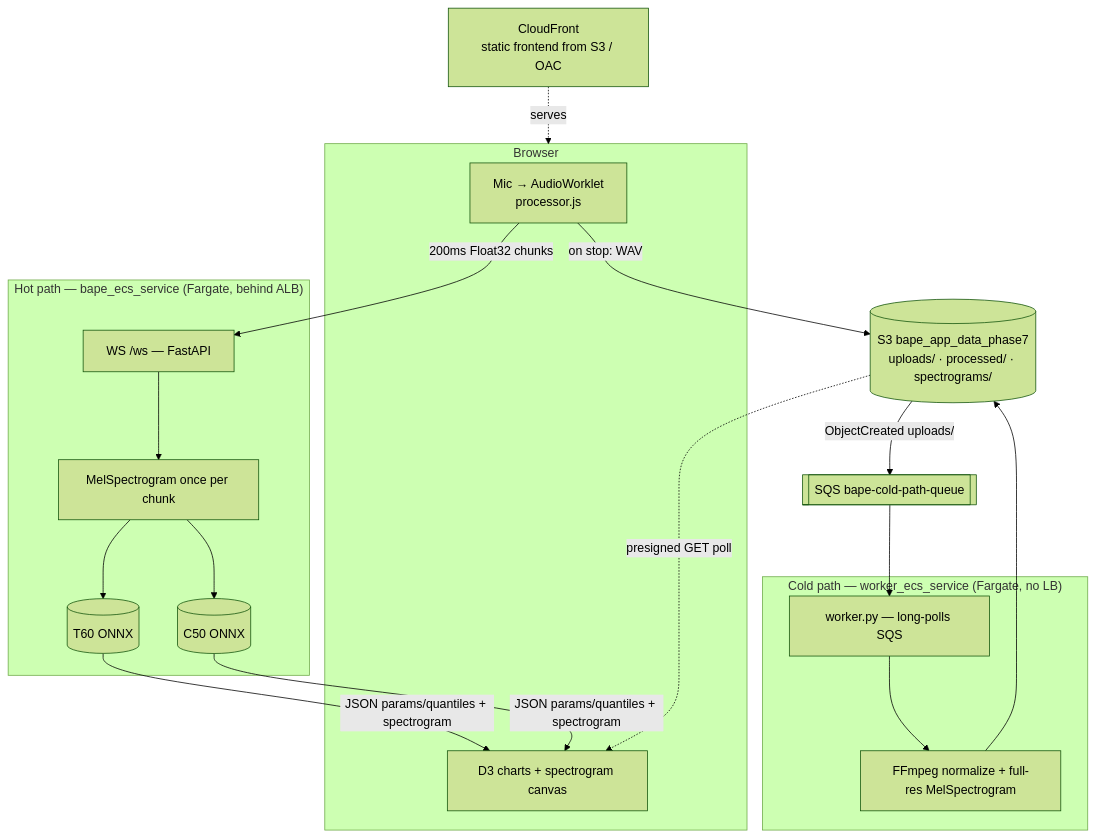
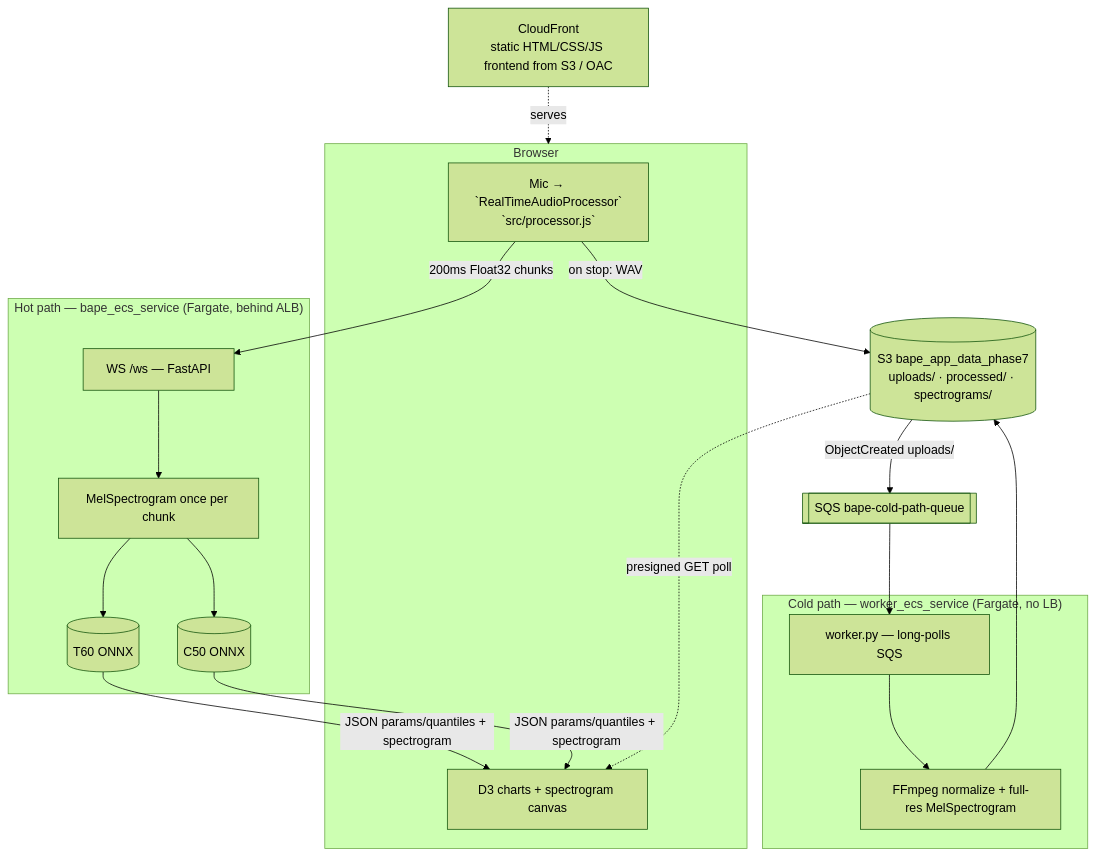
The diagram in phase-7/README.md (dielaenge/onnx-deployment), drawn with Mermaid (forest theme) before and after one commit. The commit also changed other lines of this file and 1 other file, not shown here.

````diff
--- a/phase-7/README.md
+++ b/phase-7/README.md
@@ -14,34 +18,34 @@
 ```mermaid
 flowchart TB
     subgraph Browser
-        MIC[Mic → AudioWorklet<br/>processor.js]
+        MIC[Mic → `RealTimeAudioProcessor`<br/>`src/processor.js`]
         VIZ[D3 charts + spectrogram canvas]
     end
 
-    CF[CloudFront<br/>static frontend from S3 / OAC]
+    CF[CloudFront<br/>static HTML/CSS/JS frontend from S3 / OAC]
 
     subgraph HOT["Hot path — bape_ecs_service (Fargate, behind ALB)"]
         WS["WS /ws — FastAPI"]
         SPEC[MelSpectrogram once per chunk]
         T60[(T60 ONNX)]
         C50[(C50 ONNX)]
     end
 
     subgraph COLD["Cold path — worker_ecs_service (Fargate, no LB)"]
         WK[worker.py — long-polls SQS]
         FF[FFmpeg normalize + full-res MelSpectrogram]
     end
 
     Q[[SQS bape-cold-path-queue]]
     S3[(S3 bape_app_data_phase7<br/>uploads/ · processed/ · spectrograms/)]
 
     MIC -- 200ms Float32 chunks --> WS
     WS --> SPEC --> T60 & C50
     T60 & C50 -- JSON params/quantiles + spectrogram --> VIZ
     CF -. serves .-> Browser
 
     MIC -- on stop: WAV --> S3
     S3 -- ObjectCreated uploads/ --> Q
     Q --> WK --> FF --> S3
     S3 -. presigned GET poll .-> VIZ
 ```
````
